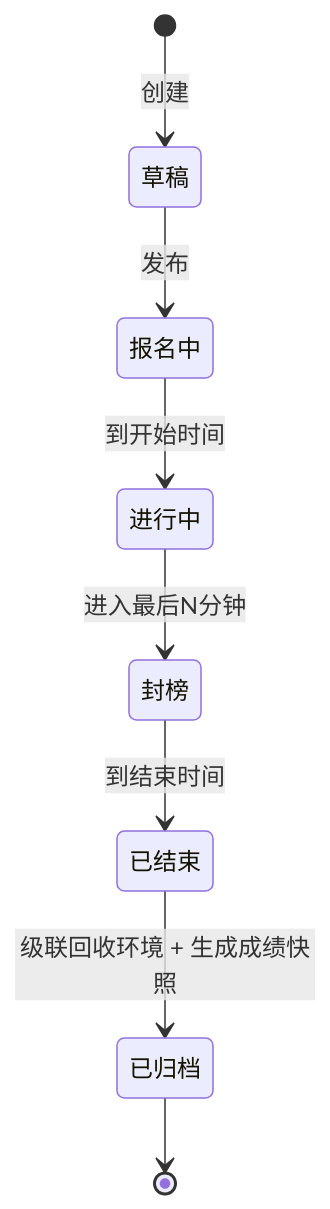
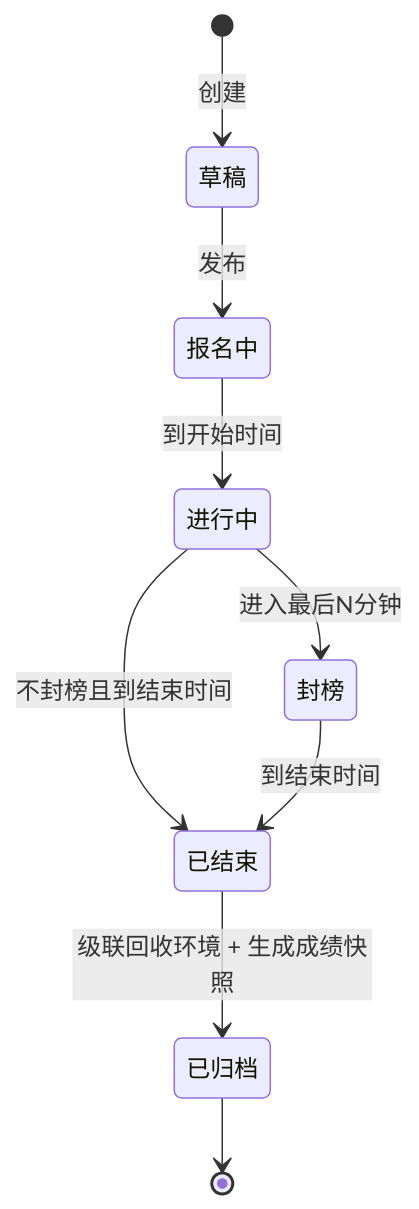
Before and after one commit to menghuishisan/CHAIMIR: the first of 9 diagrams in docs/08-竞赛/05-业务流程与状态机.md, drawn with Mermaid. The commit also changed other lines of this file and 340 other files, not shown here.

````diff
--- a/docs/08-竞赛/05-业务流程与状态机.md
+++ b/docs/08-竞赛/05-业务流程与状态机.md
@@ -10,10 +10,11 @@
 ```mermaid
 stateDiagram-v2
     [*] --> 草稿: 创建
     草稿 --> 报名中: 发布
     报名中 --> 进行中: 到开始时间
     进行中 --> 封榜: 进入最后N分钟
+    进行中 --> 已结束: 不封榜且到结束时间
     封榜 --> 已结束: 到结束时间
     已结束 --> 已归档: 级联回收环境 + 生成成绩快照
     已归档 --> [*]
 ```
````
